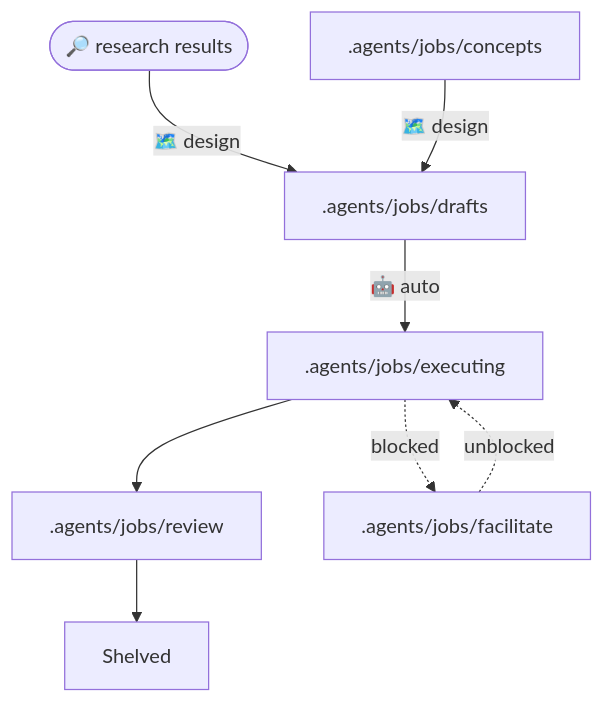
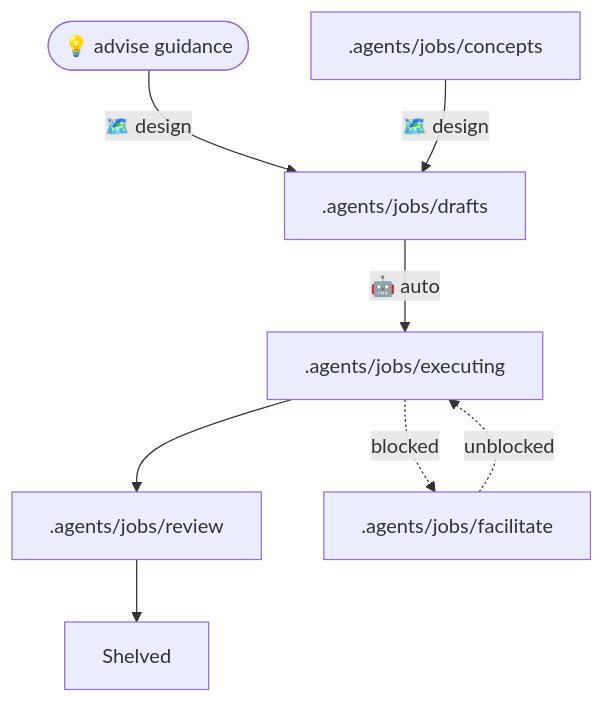
Before and after one commit to ahumandev/autocode: the first of 2 diagrams in README.md, drawn with Mermaid. The commit also changed other lines of this file and 31 other files, not shown here.

First line of the commit message:
feat(agents)! - replace research and teach with advise

````diff
--- a/README.md
+++ b/README.md
@@ -90,10 +90,10 @@
 ```mermaid
 flowchart TD
-  Research([🔎 research results]) --🗺️ design--> Drafts[.agents/jobs/drafts]
+  Advise([💡 advise guidance]) --🗺️ design--> Drafts[.agents/jobs/drafts]
   Concepts[ .agents/jobs/concepts] --🗺️ design--> Drafts
   Drafts --🤖 auto --> Executing[.agents/jobs/executing]
   Executing --> Review[.agents/jobs/review]
   Review --> Shelved
   Executing -.blocked.-> Facilitate[.agents/jobs/facilitate]
   Facilitate -.unblocked.-> Executing
 ```
````
